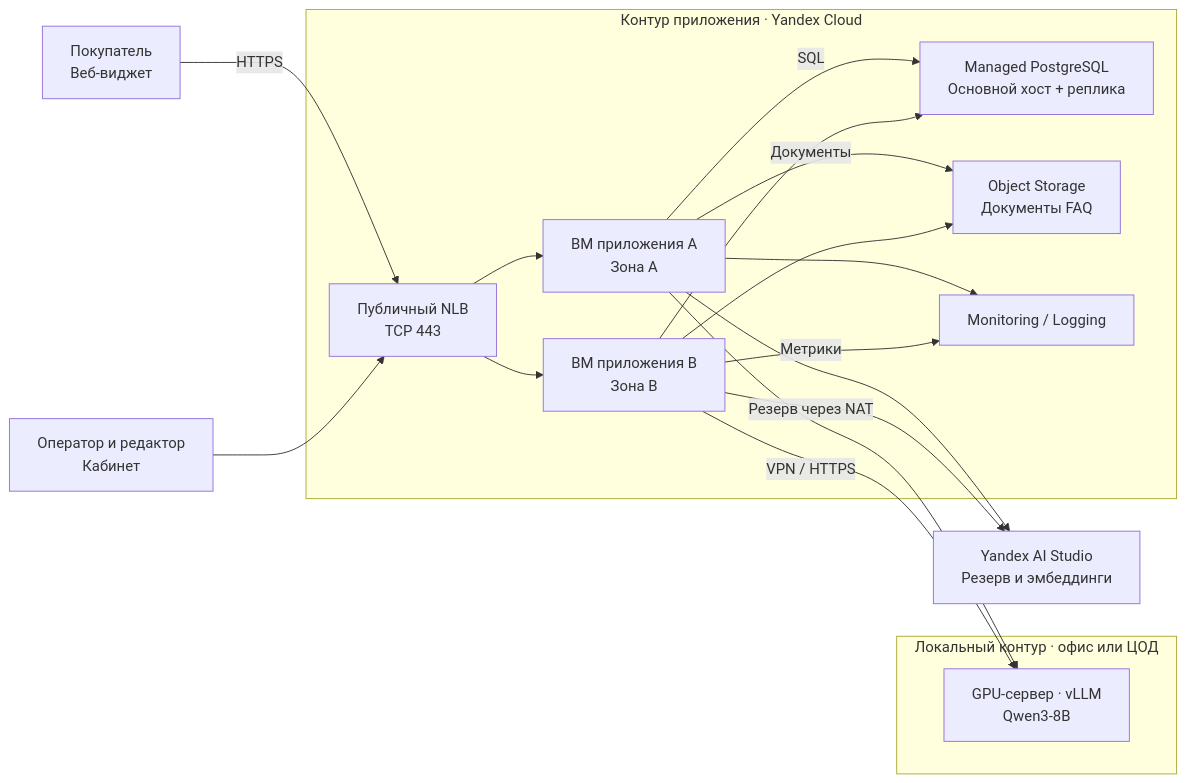
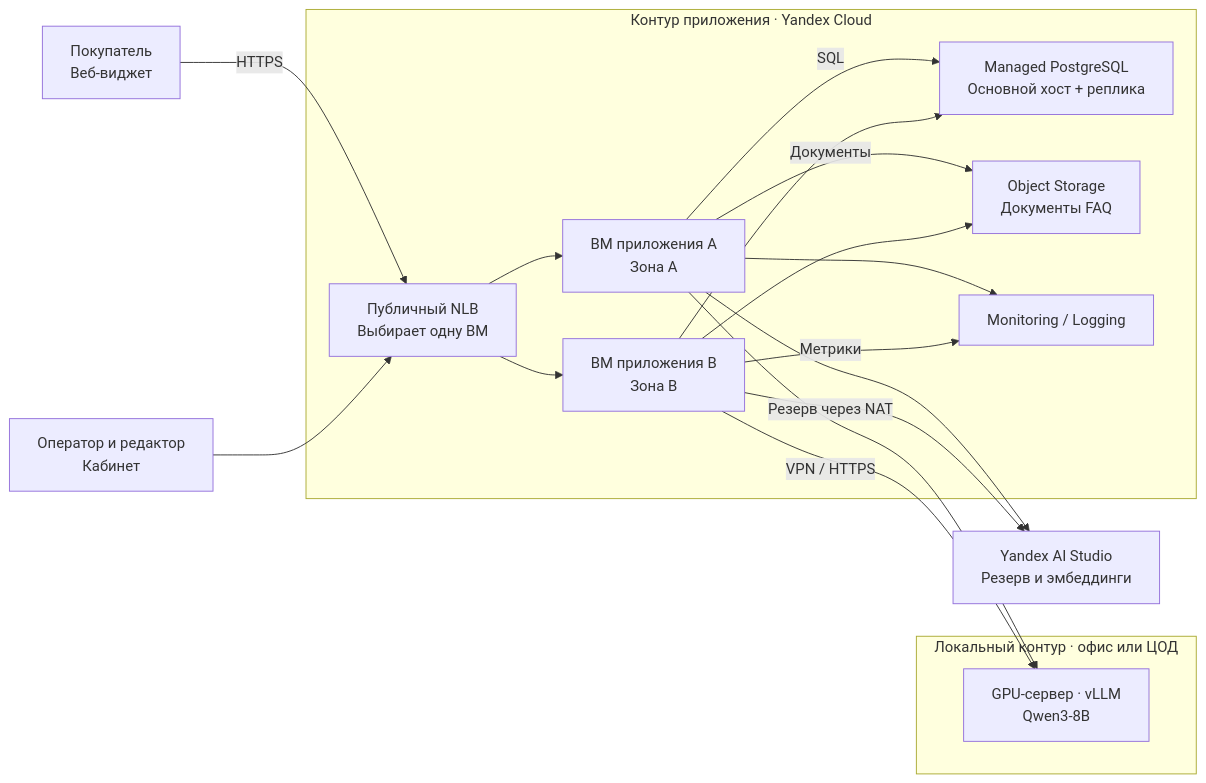
The fourth of 4 diagrams in lab4/lab4_report.md (Roman-Elchiyan/2026_2027-cloud-platforms-as-the-basis-of-technology-entrepreneurship-u4225-Elchiyan_R_R), drawn with Mermaid before and after one commit. The commit also changed other lines of this file and 5 other files, not shown here.

Commit message:
Clarify FAQ architecture, model selection and data protection costs

````diff
--- a/lab4/lab4_report.md
+++ b/lab4/lab4_report.md
@@ -150,31 +163,31 @@
 ```mermaid
 flowchart LR
     subgraph cloud["Контур приложения · Yandex Cloud"]
-        lb["Публичный NLB<br>TCP 443"]
+        lb["Публичный NLB<br>Выбирает одну ВМ"]
         a["ВМ приложения A<br>Зона A"]
         b["ВМ приложения B<br>Зона B"]
         pg["Managed PostgreSQL<br>Основной хост + реплика"]
         s3["Object Storage<br>Документы FAQ"]
         obs["Monitoring / Logging"]
     end
     subgraph dc["Локальный контур · офис или ЦОД"]
         gpu["GPU-сервер · vLLM<br>Qwen3-8B"]
     end
     user["Покупатель<br>Веб-виджет"]
     ops["Оператор и редактор<br>Кабинет"]
     ai["Yandex AI Studio<br>Резерв и эмбеддинги"]
     user -->|HTTPS| lb
     ops --> lb
     lb --> a
     lb --> b
     a -->|SQL| pg
     b --> pg
     a -->|Документы| s3
     b --> s3
     a --> obs
     b -->|Метрики| obs
     a --> ai
     b -->|Резерв через NAT| ai
     a --> gpu
     b -->|VPN / HTTPS| gpu
 ```
````
